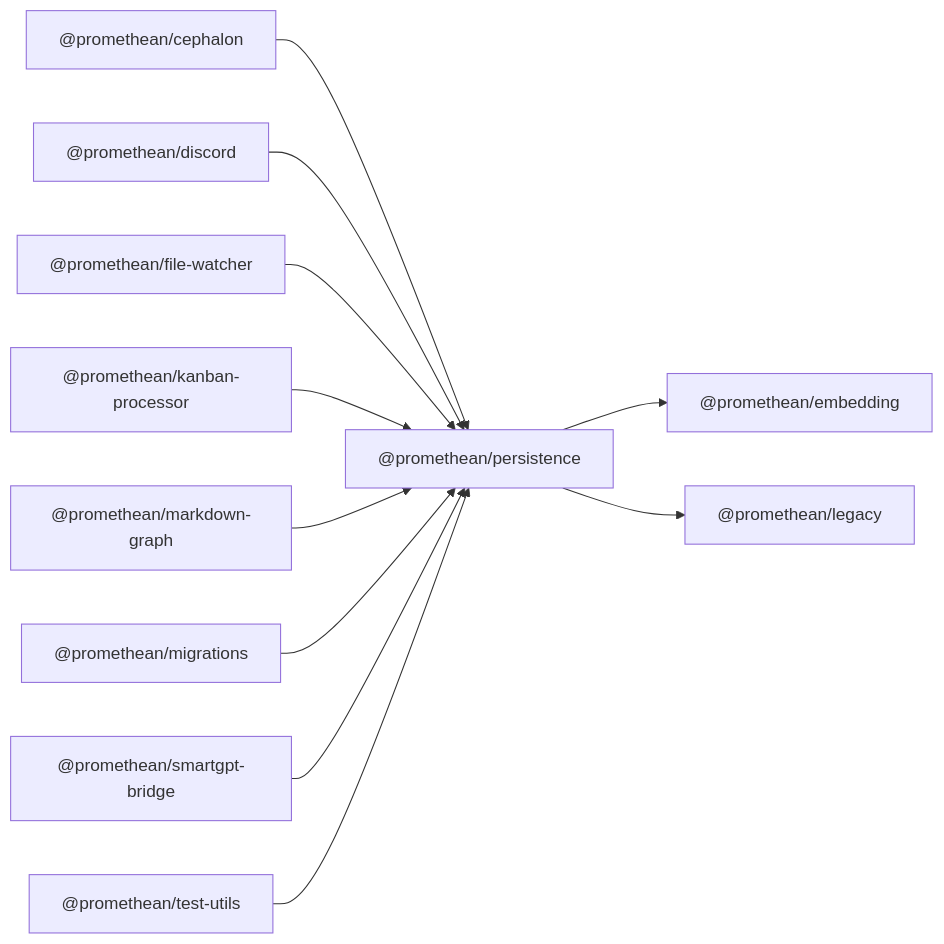
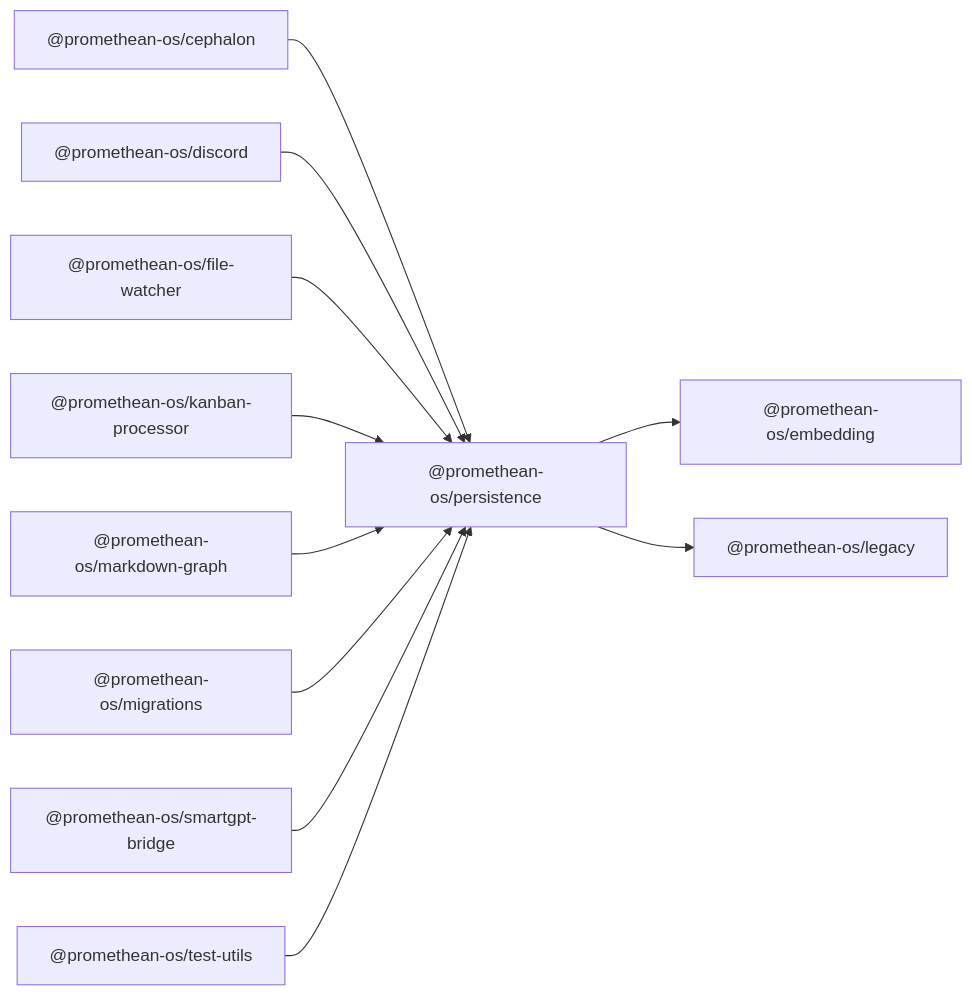
One commit to octave-commons/promethean changed the diagram in docs/packages/persistence/README.md. Above: the diagram before and after it, drawn with Mermaid. The commit also changed other lines of this file and 1753 other files, not shown here.

````diff
--- a/docs/packages/persistence/README.md
+++ b/docs/packages/persistence/README.md
@@ -14,34 +14,34 @@
 ```mermaid
 graph LR
-  A["@promethean/persistence"]
-  D1["@promethean/embedding"]
-  D2["@promethean/legacy"]
-  R1["@promethean/cephalon"]
-  R2["@promethean/discord"]
-  R3["@promethean/file-watcher"]
-  R4["@promethean/kanban-processor"]
-  R5["@promethean/markdown-graph"]
-  R6["@promethean/migrations"]
-  R7["@promethean/smartgpt-bridge"]
-  R8["@promethean/test-utils"]
-  A --> D1["@promethean/embedding"]
-  A --> D2["@promethean/legacy"]
-  R1["@promethean/cephalon"] --> A
-  R2["@promethean/discord"] --> A
-  R3["@promethean/file-watcher"] --> A
-  R4["@promethean/kanban-processor"] --> A
-  R5["@promethean/markdown-graph"] --> A
-  R6["@promethean/migrations"] --> A
-  R7["@promethean/smartgpt-bridge"] --> A
-  R8["@promethean/test-utils"] --> A
-  click D1 "../embedding/README.md" "@promethean/embedding"
-  click D2 "../legacy/README.md" "@promethean/legacy"
-  click R1 "../cephalon/README.md" "@promethean/cephalon"
-  click R2 "../discord/README.md" "@promethean/discord"
-  click R3 "../file-watcher/README.md" "@promethean/file-watcher"
-  click R4 "../kanban-processor/README.md" "@promethean/kanban-processor"
-  click R5 "../markdown-graph/README.md" "@promethean/markdown-graph"
-  click R6 "../migrations/README.md" "@promethean/migrations"
-  click R7 "../smartgpt-bridge/README.md" "@promethean/smartgpt-bridge"
-  click R8 "../test-utils/README.md" "@promethean/test-utils"
+  A["@promethean-os/persistence"]
+  D1["@promethean-os/embedding"]
+  D2["@promethean-os/legacy"]
+  R1["@promethean-os/cephalon"]
+  R2["@promethean-os/discord"]
+  R3["@promethean-os/file-watcher"]
+  R4["@promethean-os/kanban-processor"]
+  R5["@promethean-os/markdown-graph"]
+  R6["@promethean-os/migrations"]
+  R7["@promethean-os/smartgpt-bridge"]
+  R8["@promethean-os/test-utils"]
+  A --> D1["@promethean-os/embedding"]
+  A --> D2["@promethean-os/legacy"]
+  R1["@promethean-os/cephalon"] --> A
+  R2["@promethean-os/discord"] --> A
+  R3["@promethean-os/file-watcher"] --> A
+  R4["@promethean-os/kanban-processor"] --> A
+  R5["@promethean-os/markdown-graph"] --> A
+  R6["@promethean-os/migrations"] --> A
+  R7["@promethean-os/smartgpt-bridge"] --> A
+  R8["@promethean-os/test-utils"] --> A
+  click D1 "../embedding/README.md" "@promethean-os/embedding"
+  click D2 "../legacy/README.md" "@promethean-os/legacy"
+  click R1 "../cephalon/README.md" "@promethean-os/cephalon"
+  click R2 "../discord/README.md" "@promethean-os/discord"
+  click R3 "../file-watcher/README.md" "@promethean-os/file-watcher"
+  click R4 "../kanban-processor/README.md" "@promethean-os/kanban-processor"
+  click R5 "../markdown-graph/README.md" "@promethean-os/markdown-graph"
+  click R6 "../migrations/README.md" "@promethean-os/migrations"
+  click R7 "../smartgpt-bridge/README.md" "@promethean-os/smartgpt-bridge"
+  click R8 "../test-utils/README.md" "@promethean-os/test-utils"
 ```
````
